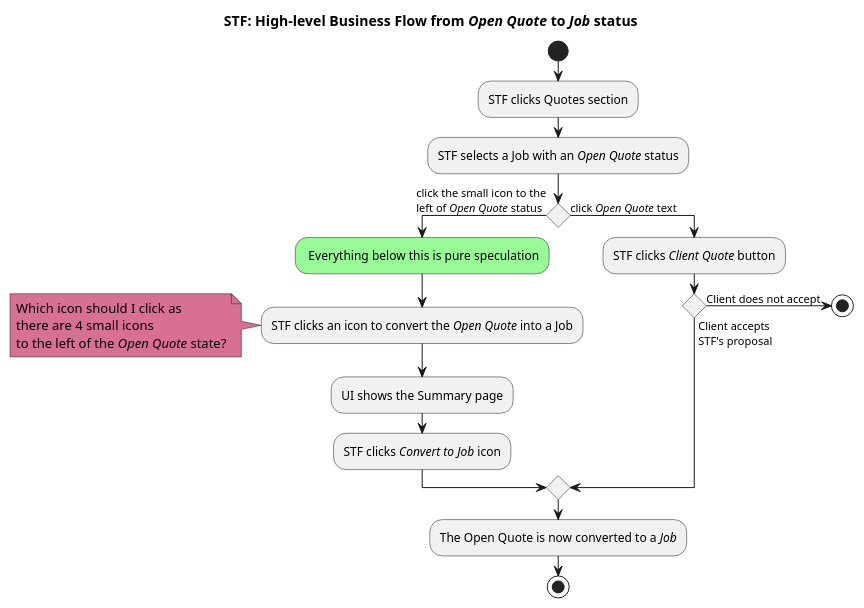
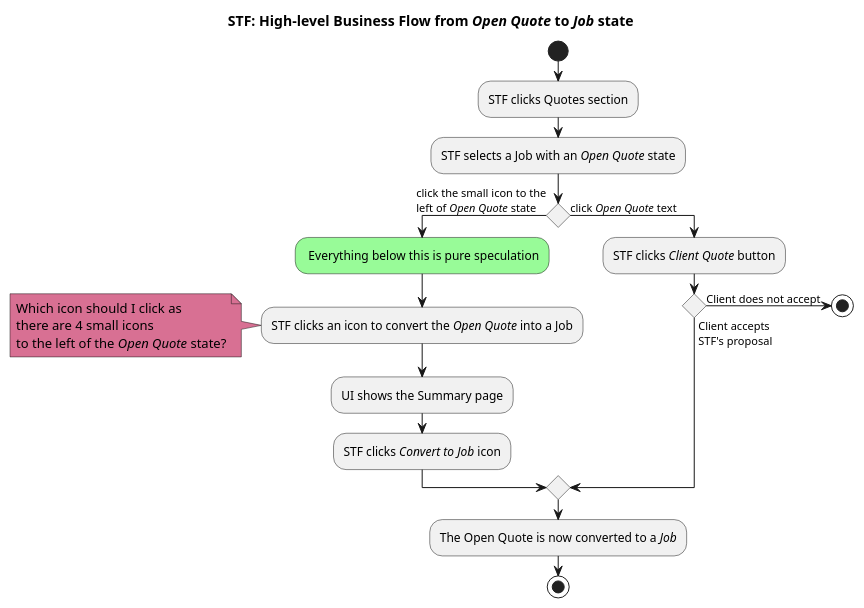
Before and after one commit to jpgacrama/NovariSpecs: the diagram in STF/STF_OpenQuoteToJob.pu, drawn with PlantUML. The commit also changed 2 other files, not shown here.

Commit message:
Changed Job status values to Job state values
I also added what happens to a Job when it's ready for delivery until it becomes Completed

```diff
--- a/STF/STF_OpenQuoteToJob.pu
+++ b/STF/STF_OpenQuoteToJob.pu
@@ -6,28 +6,28 @@
 @startuml
-    title STF: High-level Business Flow from //Open Quote// to //Job// status
+    title STF: High-level Business Flow from //Open Quote// to //Job// state
     start
     :STF clicks Quotes section;
-    :STF selects a Job with an //Open Quote// status;
+    :STF selects a Job with an //Open Quote// state;
     
-    if () then (click the small icon to the\nleft of //Open Quote// status)
+    if () then (click the small icon to the\nleft of //Open Quote// state)
         #PaleGreen: Everything below this is pure speculation;
         :STF clicks an icon to convert the //Open Quote// into a Job;
 
         note #PaleVioletRed
             Which icon should I click as
             there are 4 small icons
             to the left of the //Open Quote// state?
         end note
 
         :UI shows the Summary page;
         :STF clicks //Convert to Job// icon;
     else (click //Open Quote// text)
         :STF clicks //Client Quote// button;
         if () then (Client does not accept)
             stop
         else(Client accepts\nSTF's proposal)
         endif
     endif
     :The Open Quote is now converted to a //Job//;
     stop
 @enduml
```
